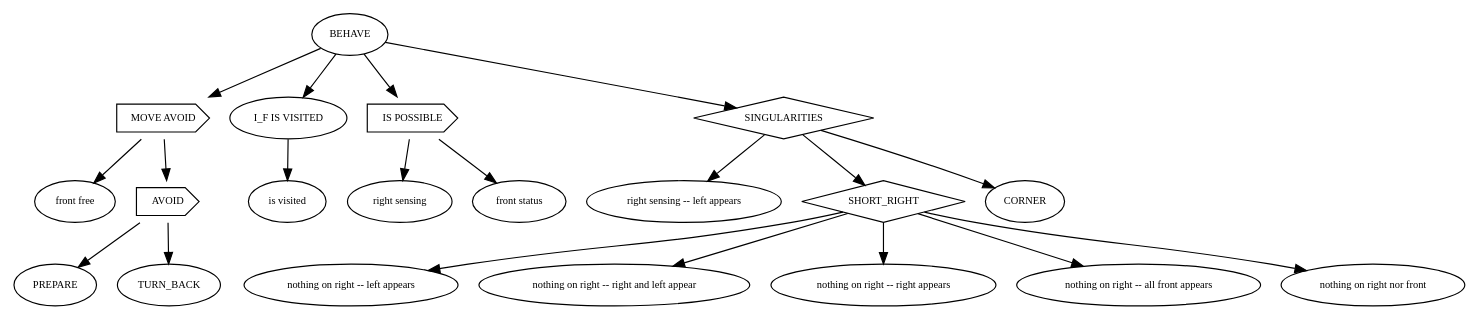
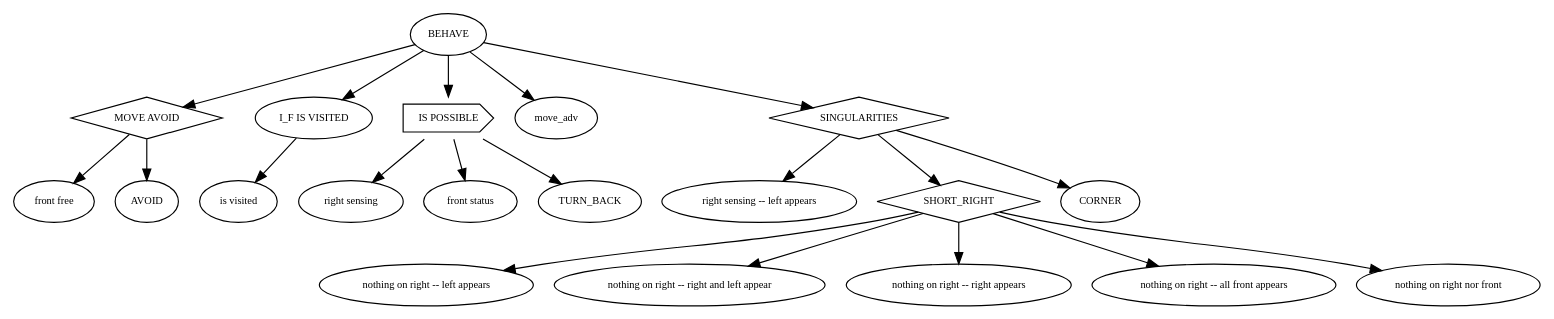
Before and after one commit to jescasany/adaptor001: the diagram in tree.dot, drawn with Graphviz. The commit also changed 9 other files, not shown here.

```diff
--- a/tree.dot
+++ b/tree.dot
@@ -1,33 +1,32 @@
 strict digraph  {
 	graph [bgcolor=white,
 		ordering=out,
 		rotate=0
 	];
 	node [color=black,
 		fontsize=9
 	];
-	"MOVE AVOID"	 [shape=cds];
+	"MOVE AVOID"	 [shape=diamond];
 	BEHAVE -> "MOVE AVOID";
 	BEHAVE -> "I_F IS VISITED";
 	"IS POSSIBLE"	 [shape=cds];
 	BEHAVE -> "IS POSSIBLE";
+	BEHAVE -> move_adv;
 	SINGULARITIES	 [shape=diamond];
 	BEHAVE -> SINGULARITIES;
 	"MOVE AVOID" -> "front free";
-	AVOID	 [shape=cds];
 	"MOVE AVOID" -> AVOID;
-	AVOID -> PREPARE;
-	AVOID -> TURN_BACK;
 	"I_F IS VISITED" -> "is visited";
 	"IS POSSIBLE" -> "right sensing";
 	"IS POSSIBLE" -> "front status";
+	"IS POSSIBLE" -> TURN_BACK;
 	SINGULARITIES -> "right sensing -- left appears";
 	SHORT_RIGHT	 [shape=diamond];
 	SINGULARITIES -> SHORT_RIGHT;
 	SINGULARITIES -> CORNER;
 	SHORT_RIGHT -> "nothing on right -- left appears";
 	SHORT_RIGHT -> "nothing on right -- right and left appear";
 	SHORT_RIGHT -> "nothing on right -- right appears";
 	SHORT_RIGHT -> "nothing on right -- all front appears";
 	SHORT_RIGHT -> "nothing on right nor front";
 }
```
